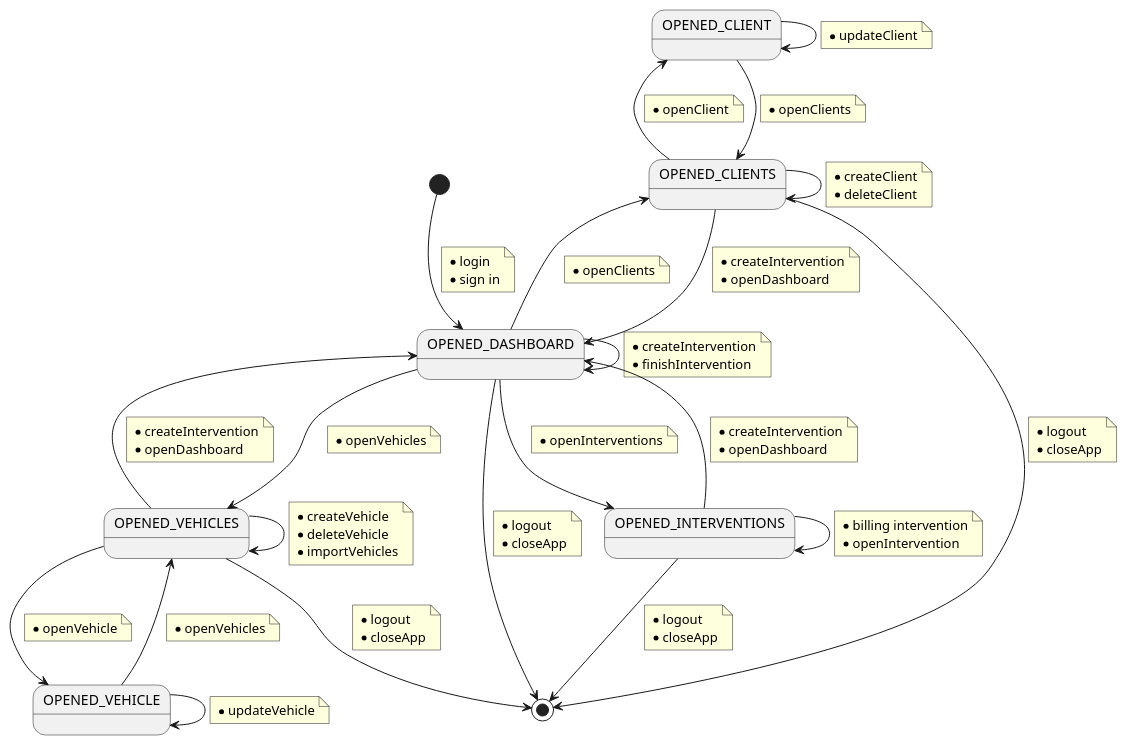
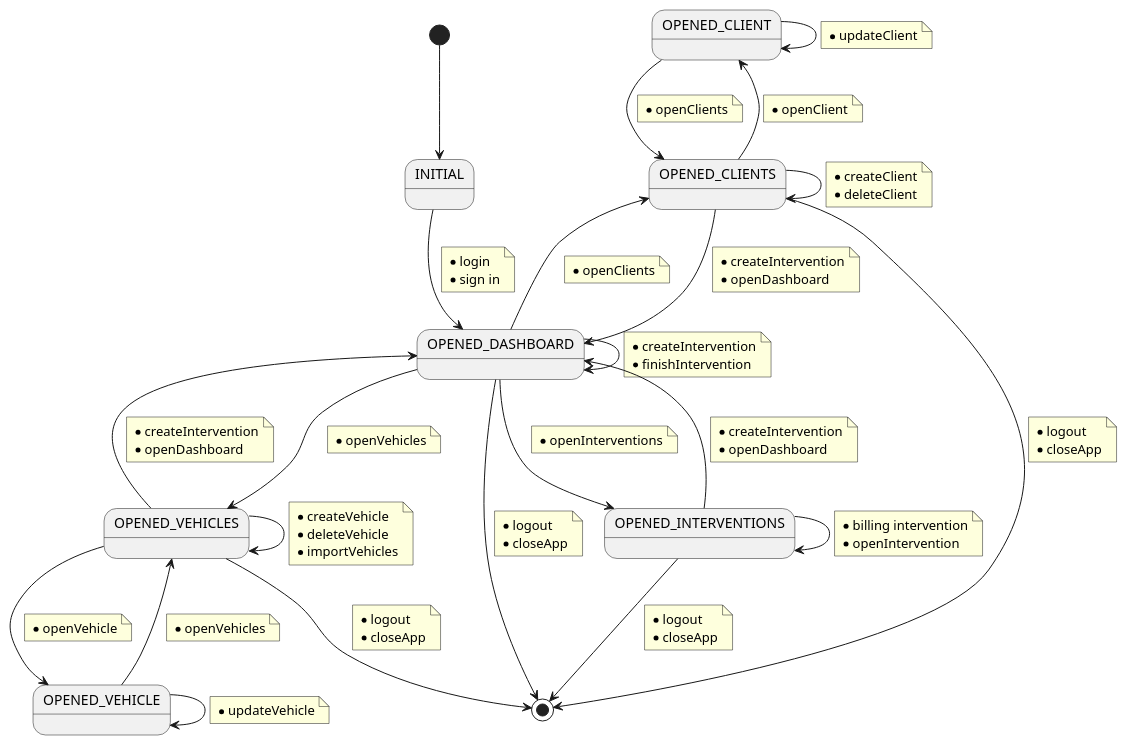
One commit to Ruskab/agrimManager changed the diagram in documentation/1requiremets/contextDiagram/puml/contextDiagram.puml. Above: the diagram before and after it, drawn with PlantUML.

Commit message:
añado estado initial

```diff
--- a/documentation/1requiremets/contextDiagram/puml/contextDiagram.puml
+++ b/documentation/1requiremets/contextDiagram/puml/contextDiagram.puml
@@ -1,115 +1,117 @@
 @startuml
-[*] --> OPENED_DASHBOARD
+[*] --> INITIAL
+
+INITIAL --> OPENED_DASHBOARD
  note on link
     * login
     * sign in
  end note
 OPENED_DASHBOARD --> OPENED_VEHICLES
     note on link
         * openVehicles
     end note
 OPENED_DASHBOARD --> OPENED_DASHBOARD
     note on link
         * createIntervention
         * finishIntervention
     end note
 
 OPENED_VEHICLES --> OPENED_VEHICLES
     note on link
         * createVehicle
         * deleteVehicle
         * importVehicles
     end note
 
 OPENED_VEHICLES --> OPENED_VEHICLE
     note on link
     * openVehicle
     end note
 
 OPENED_VEHICLE --> OPENED_VEHICLE
     note on link
     * updateVehicle
     end note
 
 OPENED_VEHICLE --> OPENED_VEHICLES
     note on link
         * openVehicles
     end note
 
 OPENED_VEHICLES --> OPENED_DASHBOARD
     note on link
     * createIntervention
     * openDashboard
     end note
 
 
 OPENED_DASHBOARD --> OPENED_CLIENTS
     note on link
         * openClients
     end note
 OPENED_CLIENTS --> OPENED_CLIENTS
     note on link
     * createClient
     * deleteClient
     end note
 
 
 OPENED_CLIENTS -up-> OPENED_CLIENT
     note on link
     * openClient
     end note
 
 OPENED_CLIENT --> OPENED_CLIENT
     note on link
     * updateClient
     end note
 
 OPENED_CLIENT --> OPENED_CLIENTS
     note on link
         * openClients
     end note
 
 
 OPENED_CLIENTS --> OPENED_DASHBOARD
     note on link
     * createIntervention
     * openDashboard
     end note
 
 
 OPENED_DASHBOARD --> OPENED_INTERVENTIONS
     note on link
         * openInterventions
     end note
 OPENED_INTERVENTIONS --> OPENED_INTERVENTIONS
     note on link
         * billing intervention
         * openIntervention
     end note
 OPENED_INTERVENTIONS --> OPENED_DASHBOARD
     note on link
     * createIntervention
     * openDashboard
     end note
 
 OPENED_DASHBOARD --> [*]
     note on link
     * logout
     * closeApp
     end note
 OPENED_VEHICLES --> [*]
     note on link
     * logout
     * closeApp
     end note
 OPENED_CLIENTS --> [*]
     note on link
     * logout
     * closeApp
     end note
 OPENED_INTERVENTIONS --> [*]
     note on link
     * logout
     * closeApp
     end note
 @enduml
```
